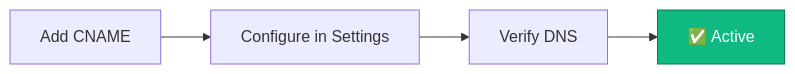
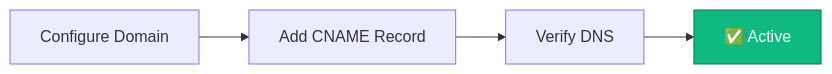
Before and after one commit to supercheck-io/supercheck: the second of 2 diagrams in docs/content/docs/app/communicate/status-pages.mdx, drawn with Mermaid. The commit also changed other lines of this file and 11 other files, not shown here.

````diff
--- a/docs/content/docs/app/communicate/status-pages.mdx
+++ b/docs/content/docs/app/communicate/status-pages.mdx
@@ -367,5 +367,5 @@
 ```mermaid
 flowchart LR
-    A[Add CNAME] --> B[Configure in Settings] --> C[Verify DNS] --> D[✅ Active]
+    A[Configure Domain] --> B[Add CNAME Record] --> C[Verify DNS] --> D[✅ Active]
     style D fill:#10b981,stroke:#047857,color:#fff
 ```
````
